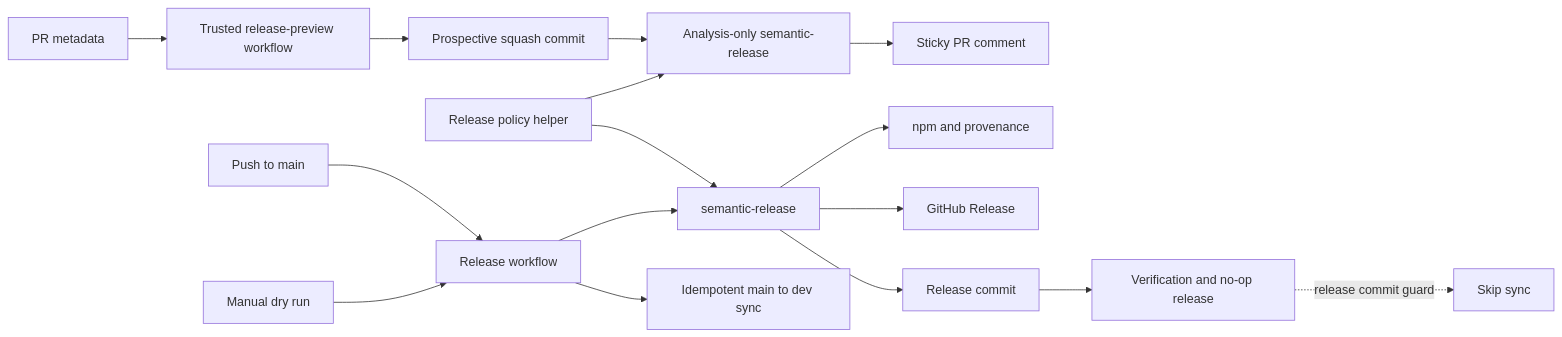
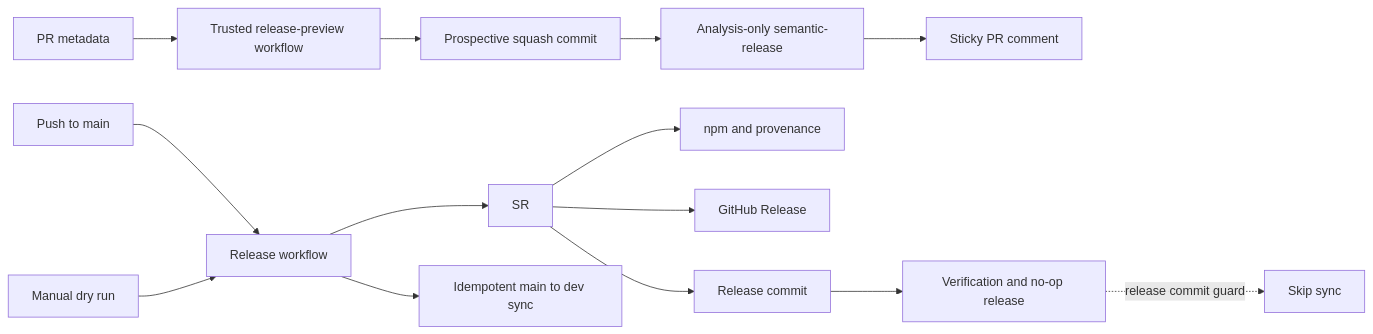
The second of 2 diagrams in docs/plans/release-governance-plan.md (clalexander/flow-stack), drawn with Mermaid before and after one commit. The commit also changed other lines of this file and 1 other file, not shown here.

Commit message:
Phase 1 major version release control

````diff
--- a/docs/plans/release-governance-plan.md
+++ b/docs/plans/release-governance-plan.md
@@ -377,19 +379,17 @@
 ```mermaid
 flowchart LR
   PP[PR metadata] --> PW[Trusted release-preview workflow]
   PW --> SC[Prospective squash commit]
   SC --> AP[Analysis-only semantic-release]
-  POL[Release policy helper] --> AP
   AP --> CM[Sticky PR comment]
 
   PUSH[Push to main] --> RW[Release workflow]
   MAN[Manual dry run] --> RW
-  POL --> SR[semantic-release]
   RW --> SR
   SR --> NPM[npm and provenance]
   SR --> GR[GitHub Release]
   SR --> RC[Release commit]
   RW --> SYNC[Idempotent main to dev sync]
   RC --> RW2[Verification and no-op release]
   RW2 -. release commit guard .-> SKIP[Skip sync]
 ```
````
